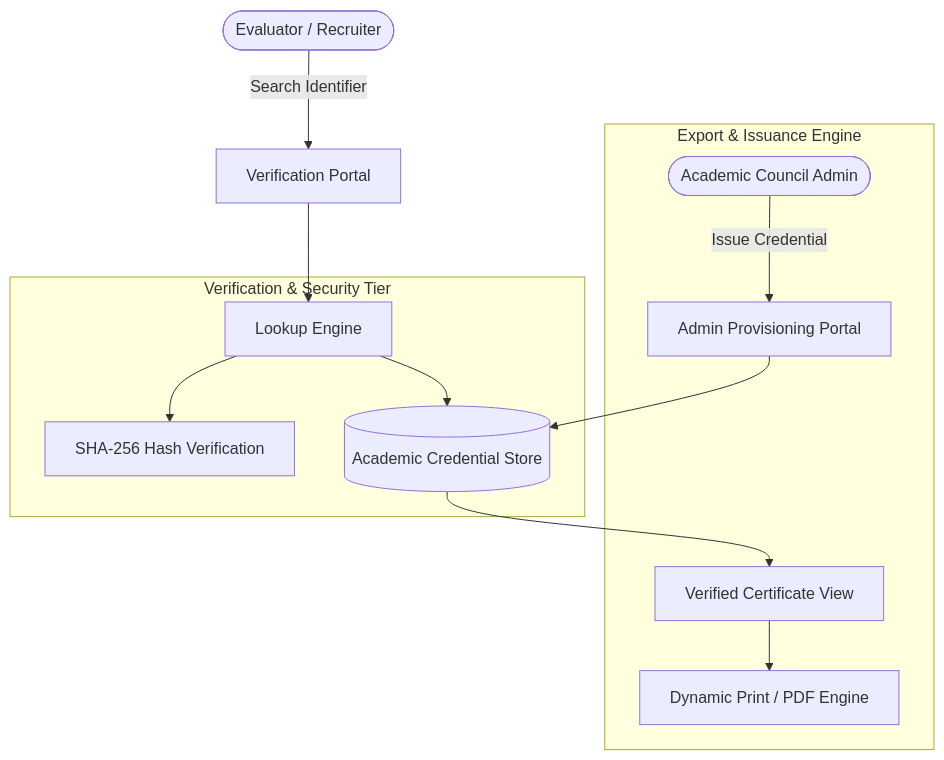
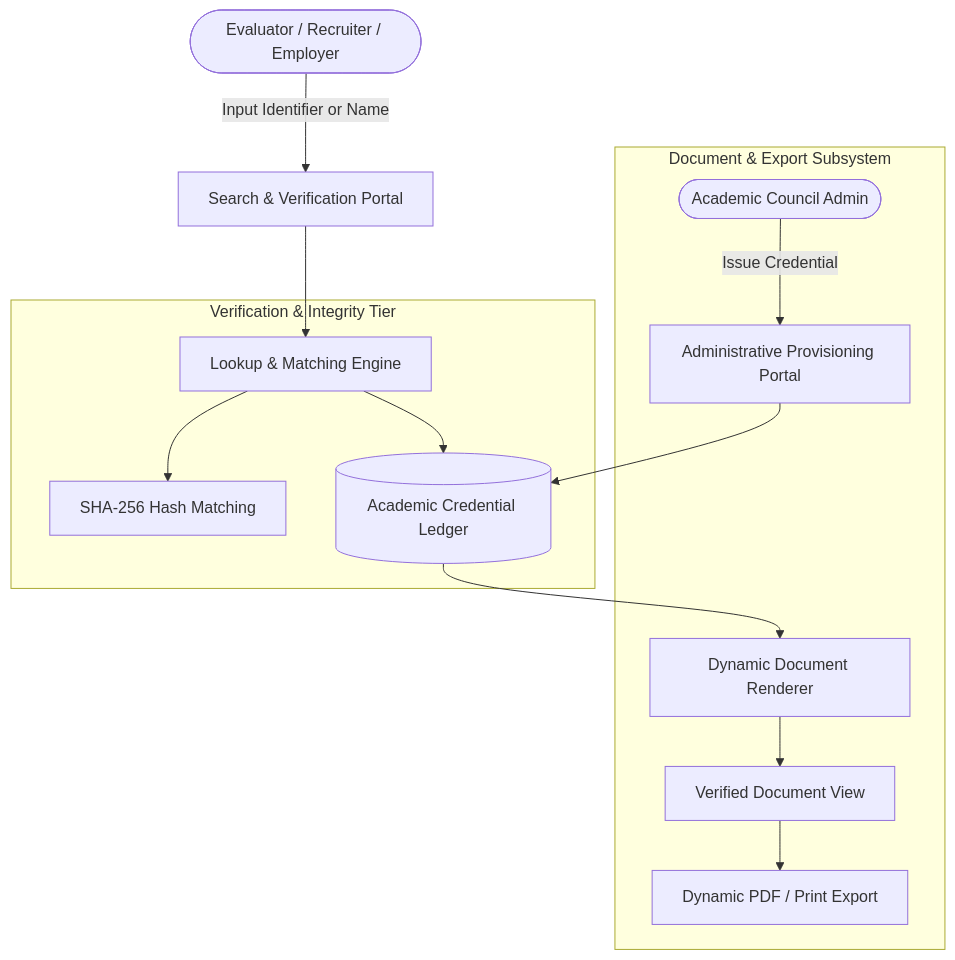
Before and after one commit to ShahAhmar/academic-certificate-verification-engine: the diagram in README.md, drawn with Mermaid. The commit also changed other lines of this file, not shown here.

Commit message:
docs: expand technical specification and architecture documentation

````diff
--- a/README.md
+++ b/README.md
@@ -29,18 +48,19 @@
 ```mermaid
 flowchart TD
-    User([Evaluator / Recruiter]) -->|Search Identifier| UI[Verification Portal]
-    UI --> Engine[Lookup Engine]
+    User([Evaluator / Recruiter / Employer]) -->|Input Identifier or Name| UI[Search & Verification Portal]
+    UI --> Engine[Lookup & Matching Engine]
     
-    subgraph Verification_Tier["Verification & Security Tier"]
-        Engine --> Hash[SHA-256 Hash Verification]
-        Engine --> Registry[(Academic Credential Store)]
+    subgraph Security_Tier["Verification & Integrity Tier"]
+        Engine --> Hash[SHA-256 Hash Matching]
+        Engine --> Registry[(Academic Credential Ledger)]
     end
 
-    Registry --> VerifiedView[Verified Certificate View]
+    Registry --> Render[Dynamic Document Renderer]
     
-    subgraph Export_Subsystem["Export & Issuance Engine"]
-        VerifiedView --> PDF[Dynamic Print / PDF Engine]
-        Admin([Academic Council Admin]) -->|Issue Credential| Issuer[Admin Provisioning Portal]
+    subgraph Document_Engine["Document & Export Subsystem"]
+        Render --> VerifiedView[Verified Document View]
+        VerifiedView --> PDF[Dynamic PDF / Print Export]
+        Admin([Academic Council Admin]) -->|Issue Credential| Issuer[Administrative Provisioning Portal]
         Issuer --> Registry
     end
 ```
````
